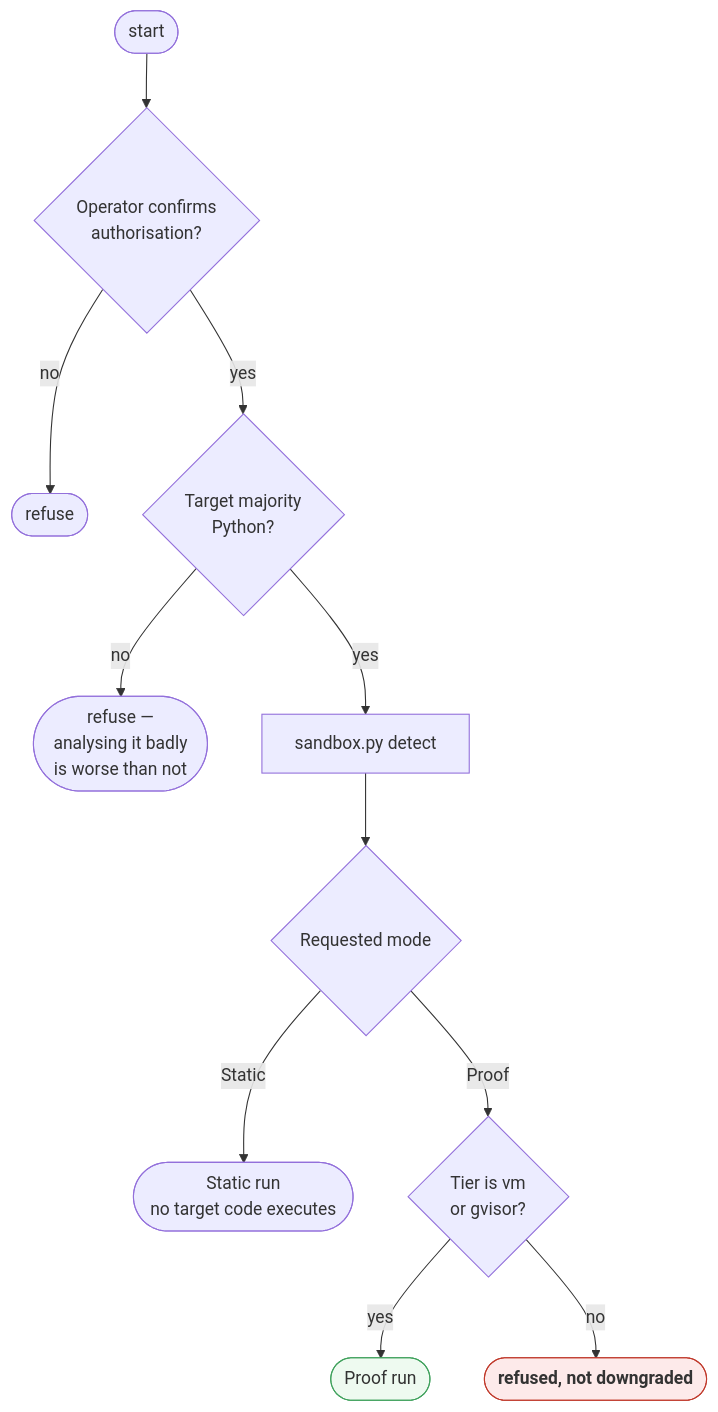
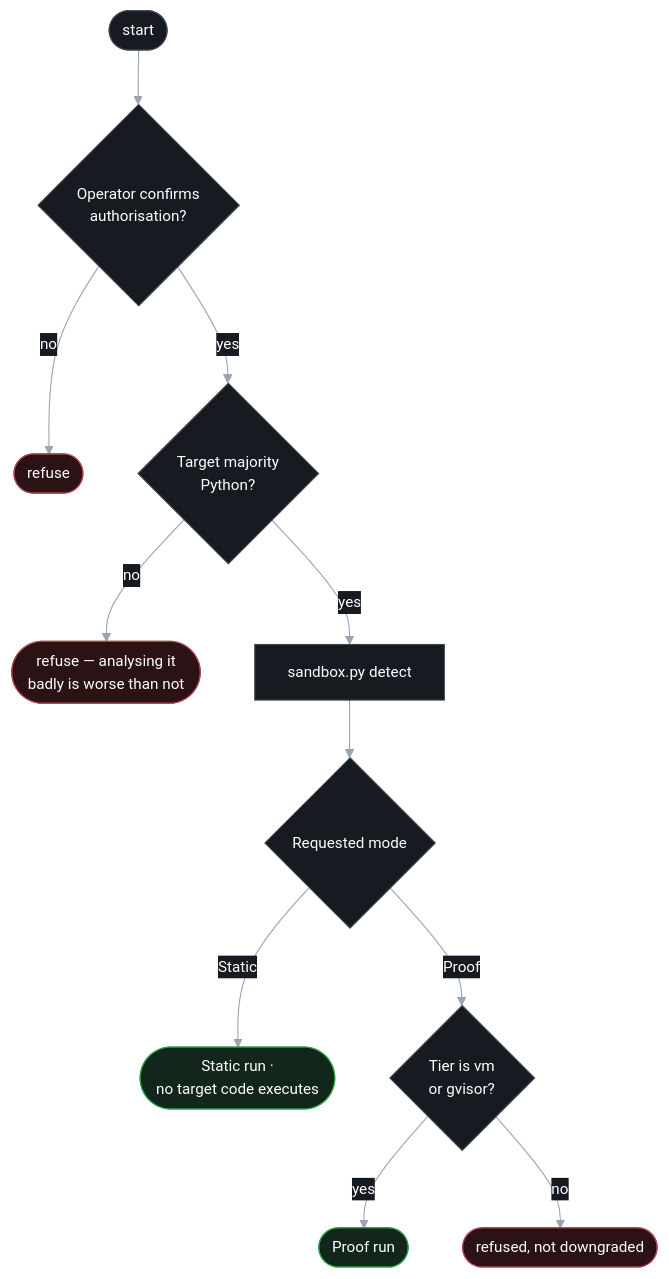
Before and after one commit to 0xsharz/pyhunt: the fourth of 16 diagrams in docs/ARCHITECTURE.md, drawn with Mermaid. The commit also changed other lines of this file and 1 other file, not shown here.

````diff
--- a/docs/ARCHITECTURE.md
+++ b/docs/ARCHITECTURE.md
@@ -164,16 +175,21 @@
 ```mermaid
+%%{init: {"theme":"base","themeVariables":{"background":"#0d1117","primaryColor":"#161b22","primaryTextColor":"#ffffff","primaryBorderColor":"#3d444d","lineColor":"#9aa4b2","secondaryColor":"#1c2128","tertiaryColor":"#21262d","mainBkg":"#161b22","textColor":"#ffffff","nodeTextColor":"#ffffff","edgeLabelBackground":"#161b22","fontSize":"14px"}}}%%
 flowchart TD
     S(["start"]) --> AUTH{"Operator confirms<br/>authorisation?"}
     AUTH -->|no| STOP1(["refuse"])
     AUTH -->|yes| LANG{"Target majority<br/>Python?"}
-    LANG -->|no| STOP2(["refuse —<br/>analysing it badly<br/>is worse than not"])
+    LANG -->|no| STOP2(["refuse — analysing it<br/>badly is worse than not"])
     LANG -->|yes| TIER["sandbox.py detect"]
     TIER --> MODE{"Requested mode"}
-    MODE -->|"Static"| OKS(["Static run<br/>no target code executes"])
+    MODE -->|"Static"| OKS(["Static run ·<br/>no target code executes"])
     MODE -->|"Proof"| GATE{"Tier is vm<br/>or gvisor?"}
     GATE -->|yes| OKP(["Proof run"])
-    GATE -->|no| STOP3(["<b>refused, not downgraded</b>"])
+    GATE -->|no| STOP3(["refused, not downgraded"])
 
-    style STOP3 fill:#fdeaea,stroke:#c0392b
-    style OKP fill:#eefaf0,stroke:#3fa15c
+    classDef base fill:#161b22,stroke:#3d444d,color:#ffffff
+    classDef bad fill:#2a1215,stroke:#b3474f,color:#ffffff
+    classDef good fill:#12261c,stroke:#2ea043,color:#ffffff
+    class S,AUTH,LANG,TIER,MODE,GATE base
+    class STOP1,STOP2,STOP3 bad
+    class OKS,OKP good
 ```
````
